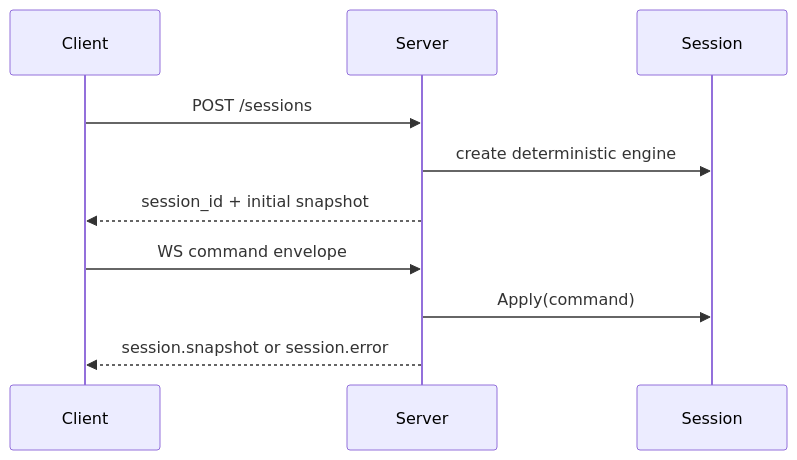
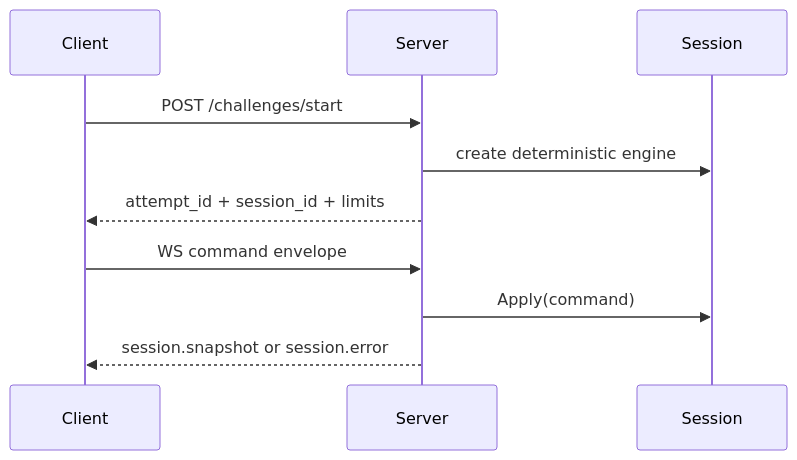
One commit to gachu2002/os-simulator changed the second of 2 diagrams in feature/03-realtime-transport.md. Above: the diagram before and after it, drawn with Mermaid. The commit also changed other lines of this file and 39 other files, not shown here.

Commit message:
refactor: remove sandbox mode and consolidate challenge-only flow

````diff
--- a/feature/03-realtime-transport.md
+++ b/feature/03-realtime-transport.md
@@ -17,12 +16,12 @@
 ```mermaid
 sequenceDiagram
   participant C as Client
   participant S as Server
   participant E as Session
-  C->>S: POST /sessions
+  C->>S: POST /challenges/start
   S->>E: create deterministic engine
-  S-->>C: session_id + initial snapshot
+  S-->>C: attempt_id + session_id + limits
   C->>S: WS command envelope
   S->>E: Apply(command)
   S-->>C: session.snapshot or session.error
 ```
````
